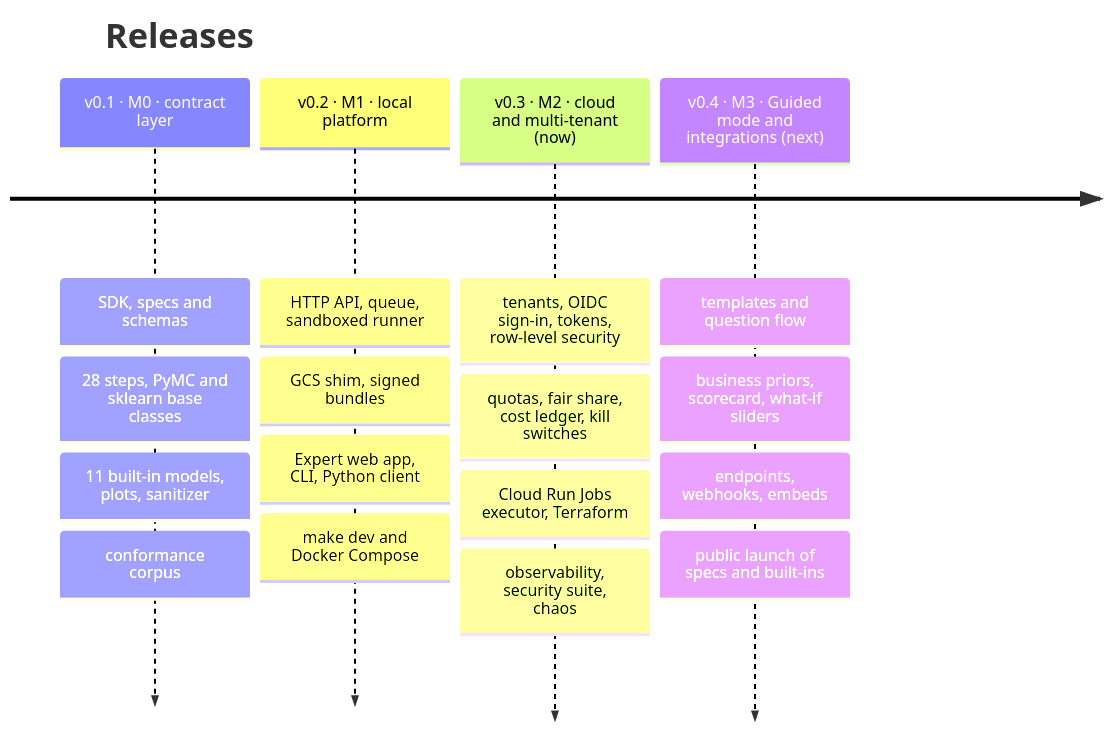
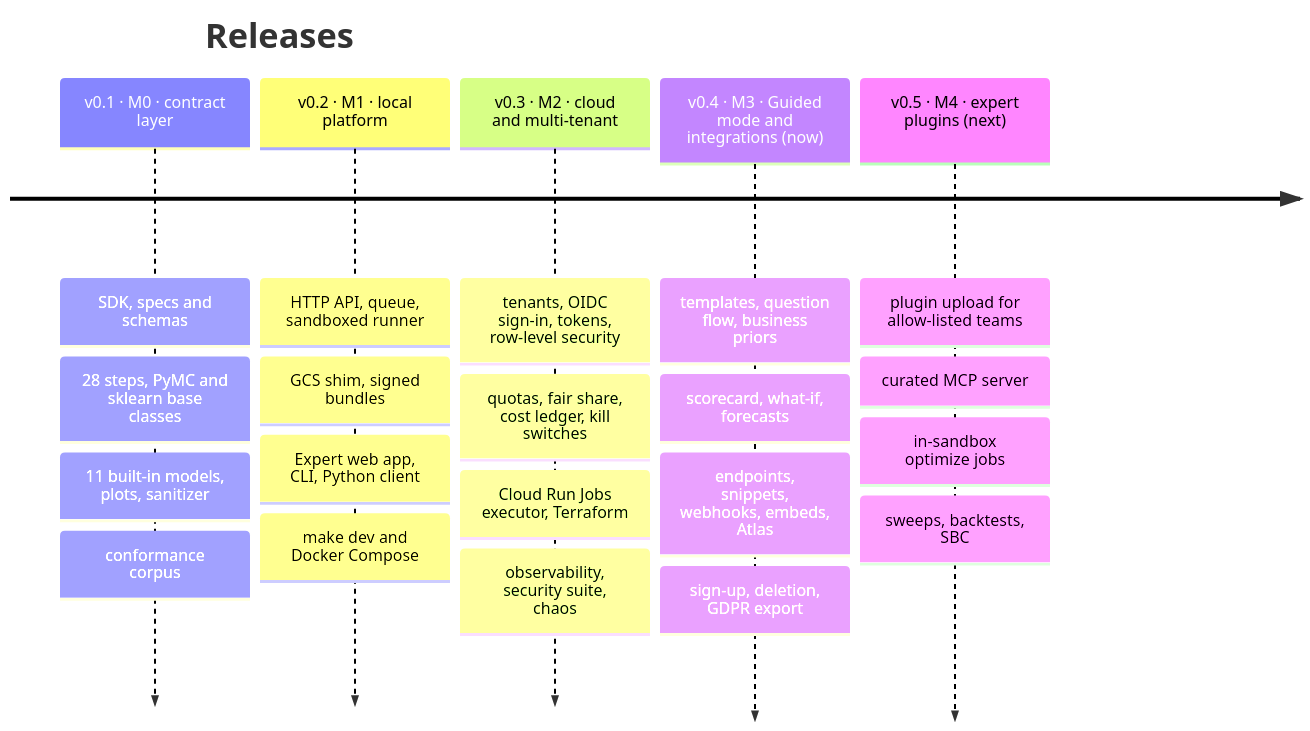
Before and after one commit to redam94/modeling-api: the diagram in docs/roadmap/index.md, drawn with Mermaid. The commit also changed other lines of this file and 6 other files, not shown here.

Commit message:
docs: roadmap with v0.4 released and v0.5 next; security and architecture for v0.4

````diff
--- a/docs/roadmap/index.md
+++ b/docs/roadmap/index.md
@@ -8,8 +8,9 @@
 ```mermaid
 timeline
     title Releases
     v0.1 · M0 · contract layer : SDK, specs and schemas : 28 steps, PyMC and sklearn base classes : 11 built-in models, plots, sanitizer : conformance corpus
     v0.2 · M1 · local platform : HTTP API, queue, sandboxed runner : GCS shim, signed bundles : Expert web app, CLI, Python client : make dev and Docker Compose
-    v0.3 · M2 · cloud and multi-tenant (now) : tenants, OIDC sign-in, tokens, row-level security : quotas, fair share, cost ledger, kill switches : Cloud Run Jobs executor, Terraform : observability, security suite, chaos
-    v0.4 · M3 · Guided mode and integrations (next) : templates and question flow : business priors, scorecard, what-if sliders : endpoints, webhooks, embeds : public launch of specs and built-ins
+    v0.3 · M2 · cloud and multi-tenant : tenants, OIDC sign-in, tokens, row-level security : quotas, fair share, cost ledger, kill switches : Cloud Run Jobs executor, Terraform : observability, security suite, chaos
+    v0.4 · M3 · Guided mode and integrations (now) : templates, question flow, business priors : scorecard, what-if, forecasts : endpoints, snippets, webhooks, embeds, Atlas : sign-up, deletion, GDPR export
+    v0.5 · M4 · expert plugins (next) : plugin upload for allow-listed teams : curated MCP server : in-sandbox optimize jobs : sweeps, backtests, SBC
 ```
````
